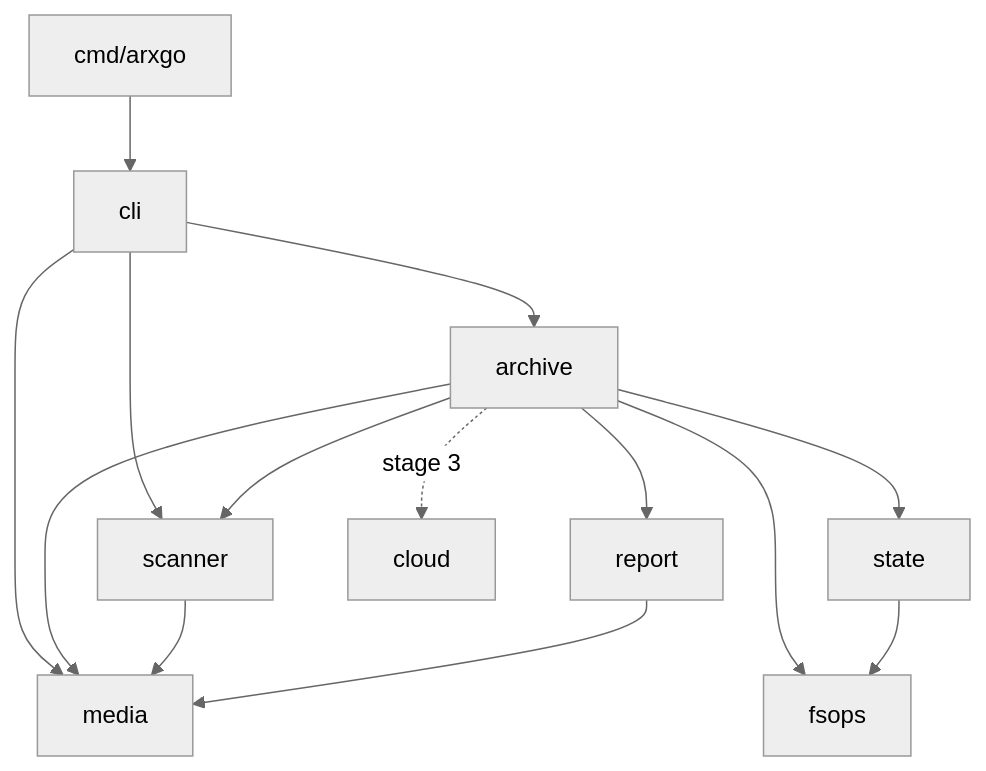
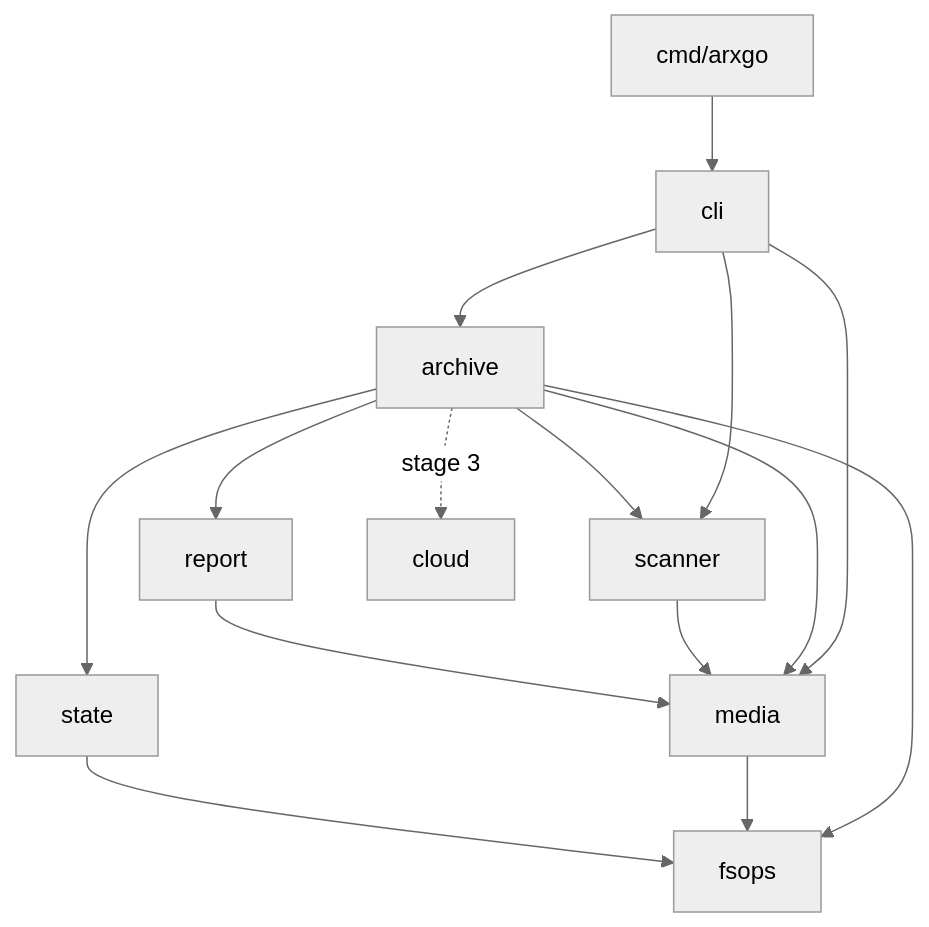
One commit to volod/arxiv-go changed the first of 3 diagrams in docs/openspec/architecture.md. Above: the diagram before and after it, drawn with Mermaid (neutral theme). The commit also changed other lines of this file and 16 other files, not shown here.

````diff
--- a/docs/openspec/architecture.md
+++ b/docs/openspec/architecture.md
@@ -34,16 +34,17 @@
 ```mermaid
 flowchart TD
     main[cmd/arxgo] --> cli
     cli --> archive
     cli --> scanner
     cli --> media
     archive --> scanner
     archive --> media
     archive --> state
     archive --> report
     archive --> fsops
+    media --> fsops
     state --> fsops
     scanner --> media
     report --> media
     archive -. stage 3 .-> cloud
 ```
````
